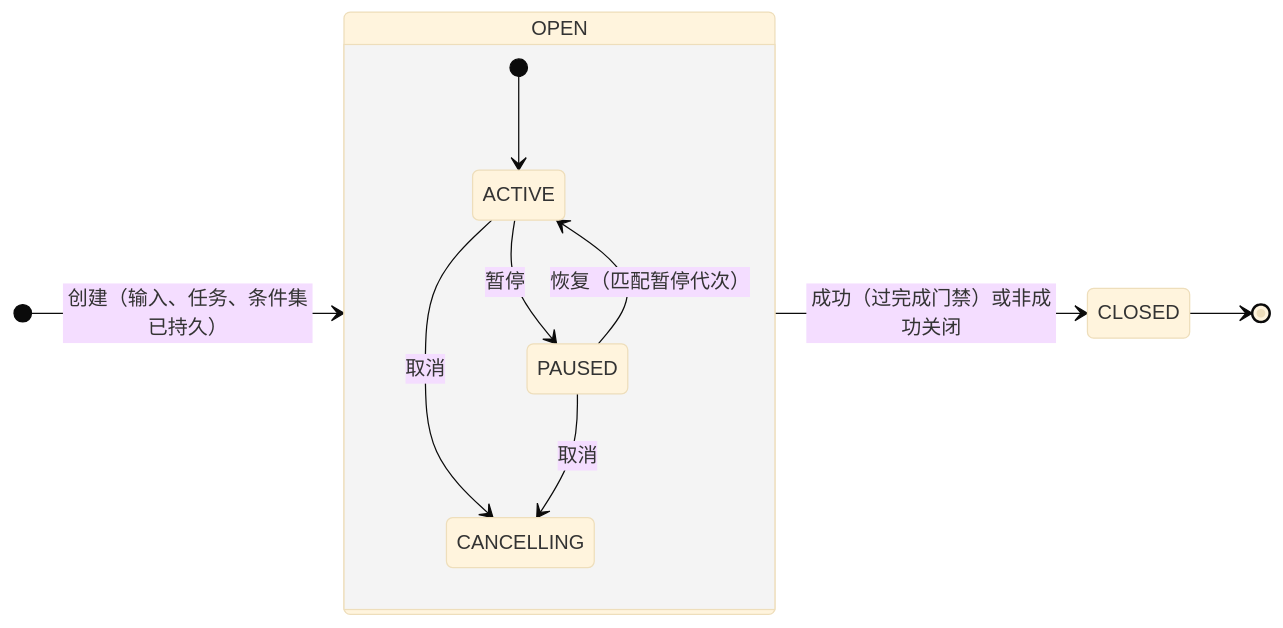
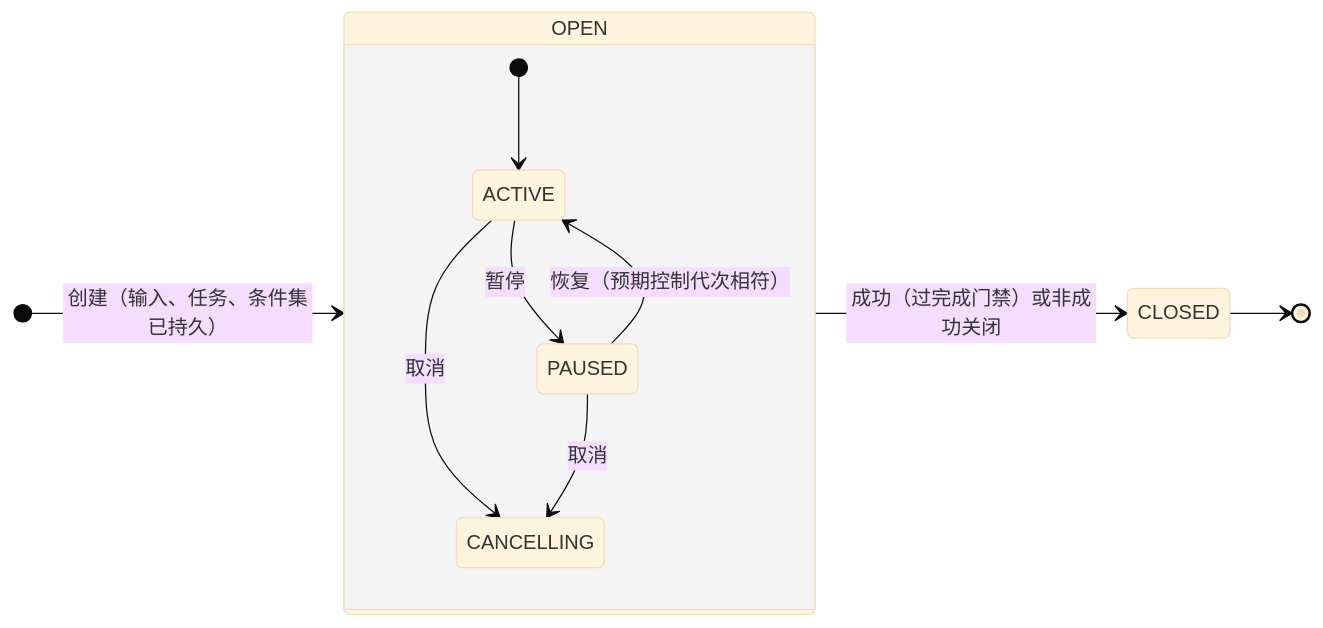
The first of 3 diagrams in docs/architecture/core/contracts/README.md (ruipengliu/lerna), drawn with Mermaid (base theme) before and after one commit. The commit also changed other lines of this file and 55 other files, not shown here.

````diff
--- a/docs/architecture/core/contracts/README.md
+++ b/docs/architecture/core/contracts/README.md
@@ -174,14 +180,14 @@
 ```mermaid
 stateDiagram-v2
     direction LR
     state OPEN {
         [*] --> ACTIVE
         ACTIVE --> PAUSED: 暂停
-        PAUSED --> ACTIVE: 恢复（匹配暂停代次）
+        PAUSED --> ACTIVE: 恢复（预期控制代次相符）
         ACTIVE --> CANCELLING: 取消
         PAUSED --> CANCELLING: 取消
     }
     [*] --> OPEN: 创建（输入、任务、条件集已持久）
     OPEN --> CLOSED: 成功（过完成门禁）或非成功关闭
     CLOSED --> [*]
 ```
````
